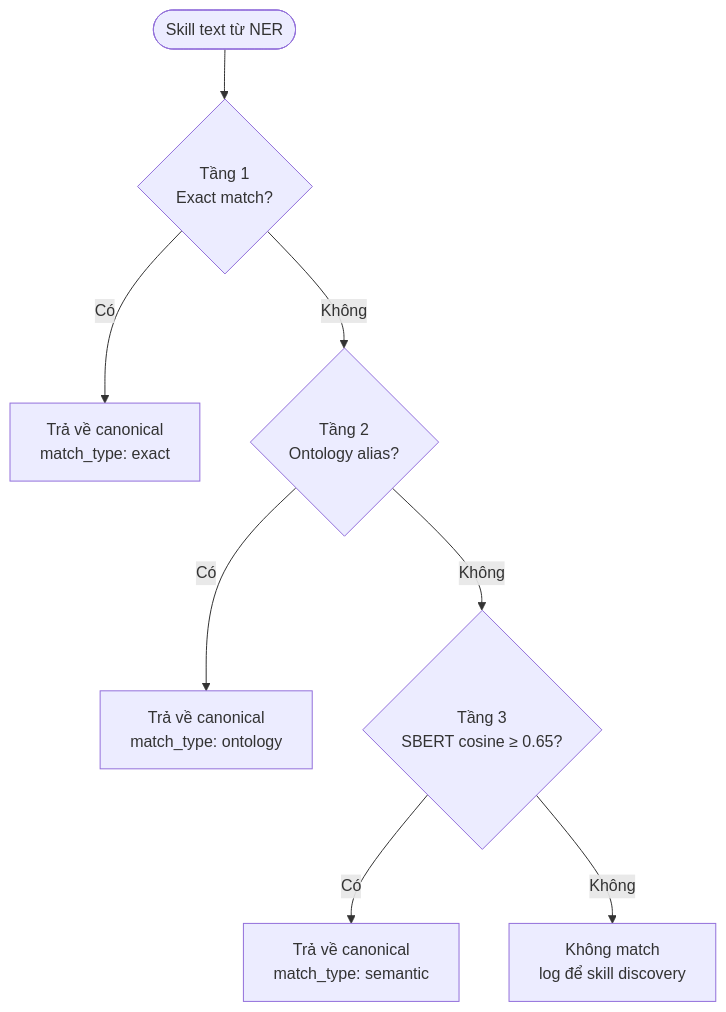
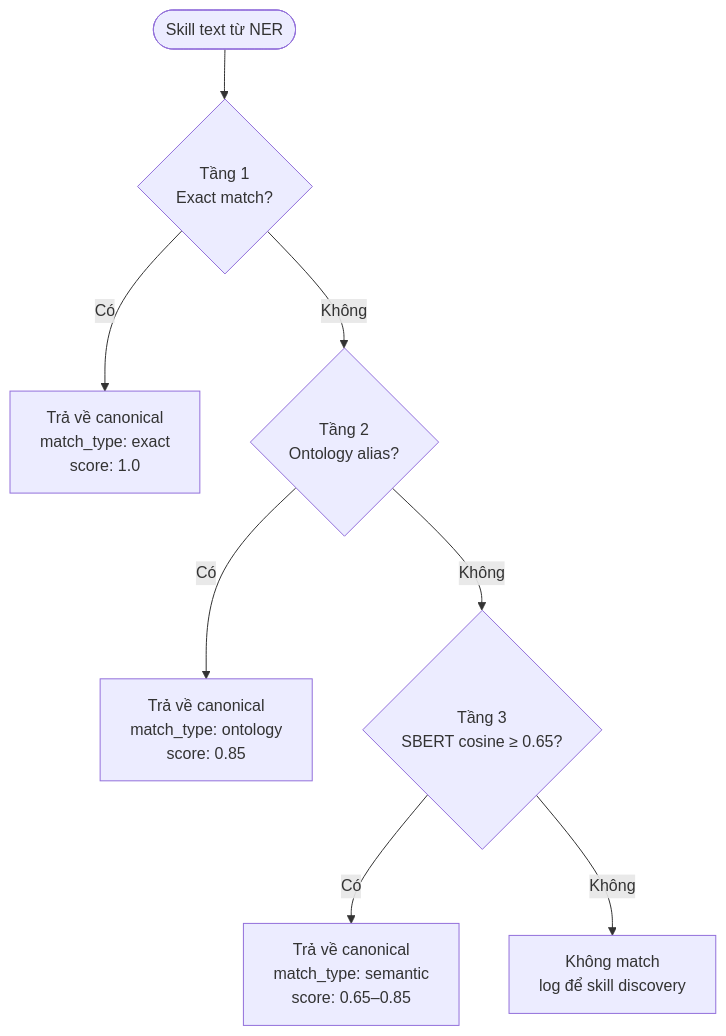
The diagram in thesis_report/chuong2/2.5_pipeline_trich_xuat_ky_nang.md (dungken/cv-assistant), drawn with Mermaid before and after one commit. The commit also changed other lines of this file and 29 other files, not shown here.

Commit message:
refactor: update storage logic for description integrity and finalize thesis report sections on system architecture and design

````diff
--- a/thesis_report/chuong2/2.5_pipeline_trich_xuat_ky_nang.md
+++ b/thesis_report/chuong2/2.5_pipeline_trich_xuat_ky_nang.md
@@ -45,10 +99,10 @@
 ```mermaid
 flowchart TD
     Start([Skill text từ NER]) --> T1{Tầng 1<br/>Exact match?}
-    T1 -- Có --> R1[Trả về canonical<br/>match_type: exact]
+    T1 -- Có --> R1[Trả về canonical<br/>match_type: exact<br/>score: 1.0]
     T1 -- Không --> T2{Tầng 2<br/>Ontology alias?}
-    T2 -- Có --> R2[Trả về canonical<br/>match_type: ontology]
+    T2 -- Có --> R2[Trả về canonical<br/>match_type: ontology<br/>score: 0.85]
     T2 -- Không --> T3{Tầng 3<br/>SBERT cosine ≥ 0.65?}
-    T3 -- Có --> R3[Trả về canonical<br/>match_type: semantic]
+    T3 -- Có --> R3[Trả về canonical<br/>match_type: semantic<br/>score: 0.65–0.85]
     T3 -- Không --> R4[Không match<br/>log để skill discovery]
 ```
````
